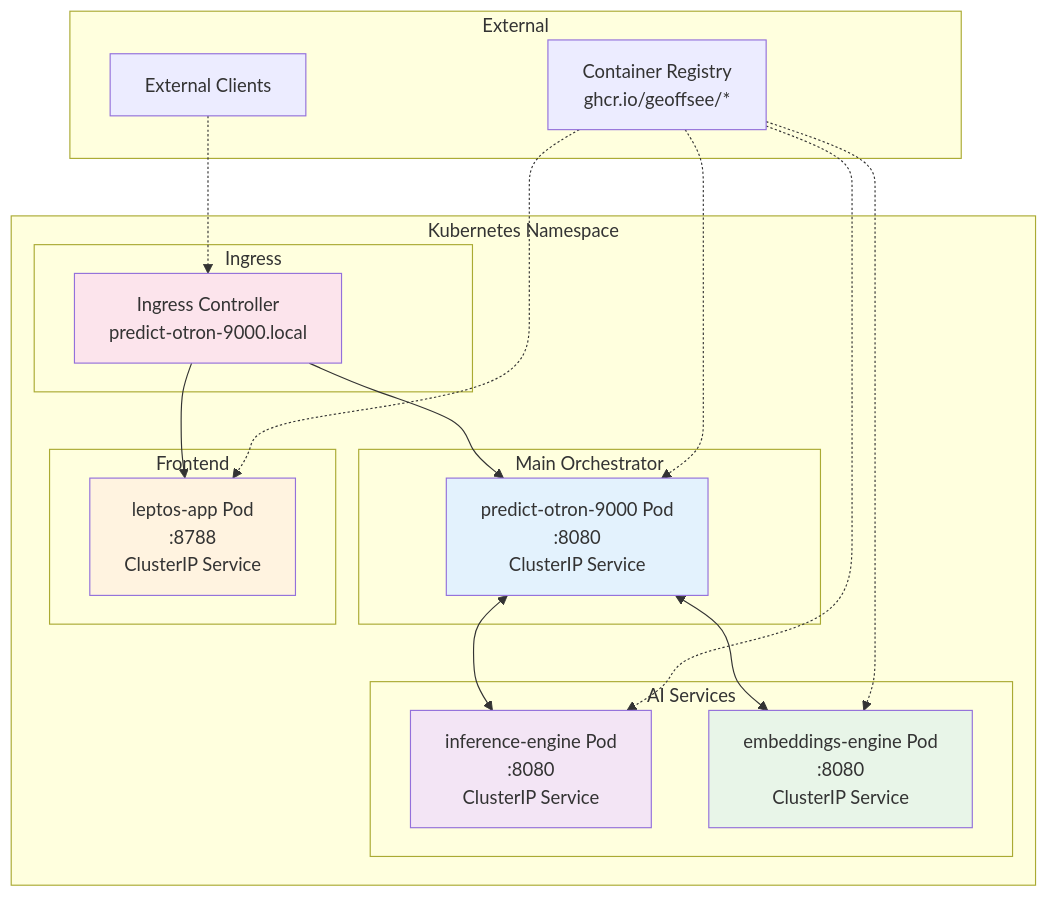
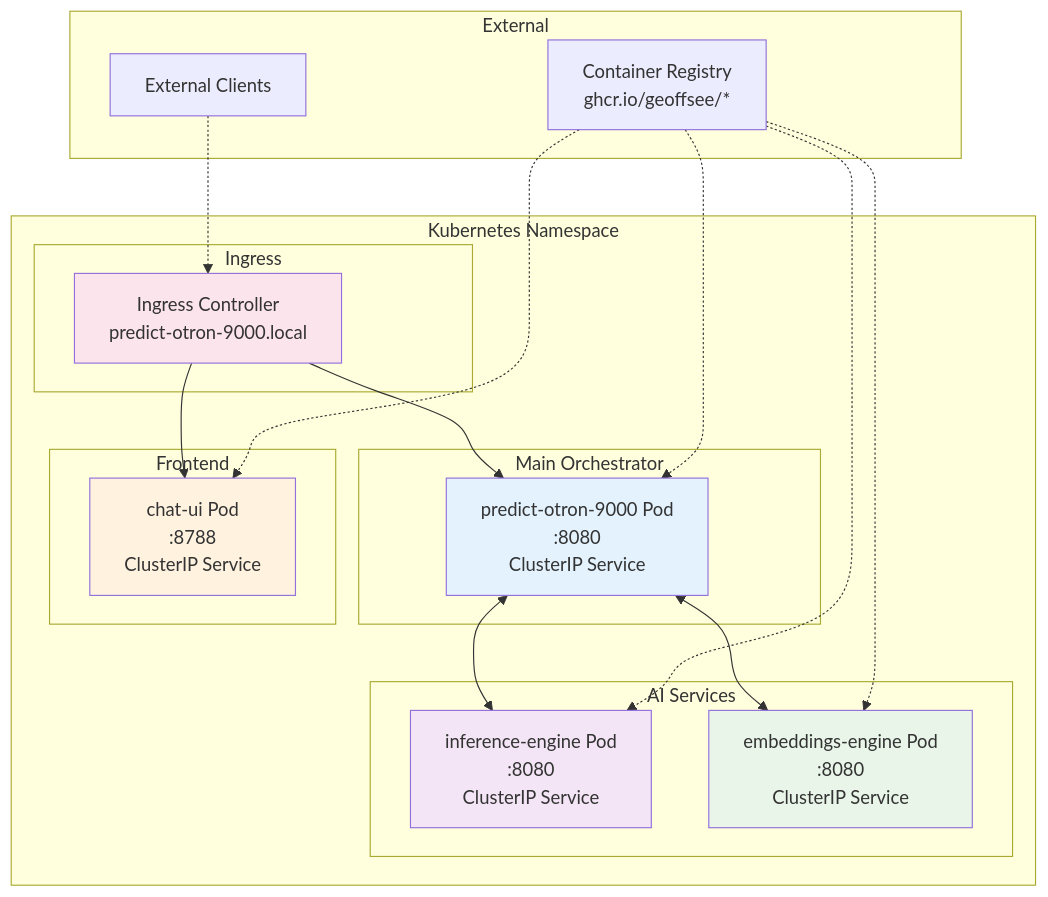
One commit to geoffsee/predict-otron-9001 changed the fifth of 11 diagrams in docs/ARCHITECTURE.md. Above: the diagram before and after it, drawn with Mermaid. The commit also changed other lines of this file and 6 other files, not shown here.

````diff
--- a/docs/ARCHITECTURE.md
+++ b/docs/ARCHITECTURE.md
@@ -183,43 +180,43 @@
 ```mermaid
 graph TB
     subgraph "Kubernetes Namespace"
         subgraph "Main Orchestrator"
             A[predict-otron-9000 Pod<br/>:8080<br/>ClusterIP Service]
         end
         
         subgraph "AI Services"
             B[inference-engine Pod<br/>:8080<br/>ClusterIP Service]
             C[embeddings-engine Pod<br/>:8080<br/>ClusterIP Service]
         end
         
         subgraph "Frontend"
-            D[leptos-app Pod<br/>:8788<br/>ClusterIP Service]
+            D[chat-ui Pod<br/>:8788<br/>ClusterIP Service]
         end
         
         subgraph "Ingress"
             E[Ingress Controller<br/>predict-otron-9000.local]
         end
     end
     
     subgraph "External"
         F[External Clients]
         G[Container Registry<br/>ghcr.io/geoffsee/*]
     end
     
     A <--> B
     A <--> C
     E --> A
     E --> D
     F -.-> E
     
     G -.-> A
     G -.-> B
     G -.-> C
     G -.-> D
     
     style A fill:#e3f2fd
     style B fill:#f3e5f5
     style C fill:#e8f5e8
     style D fill:#fff3e0
     style E fill:#fce4ec
 ```
````
